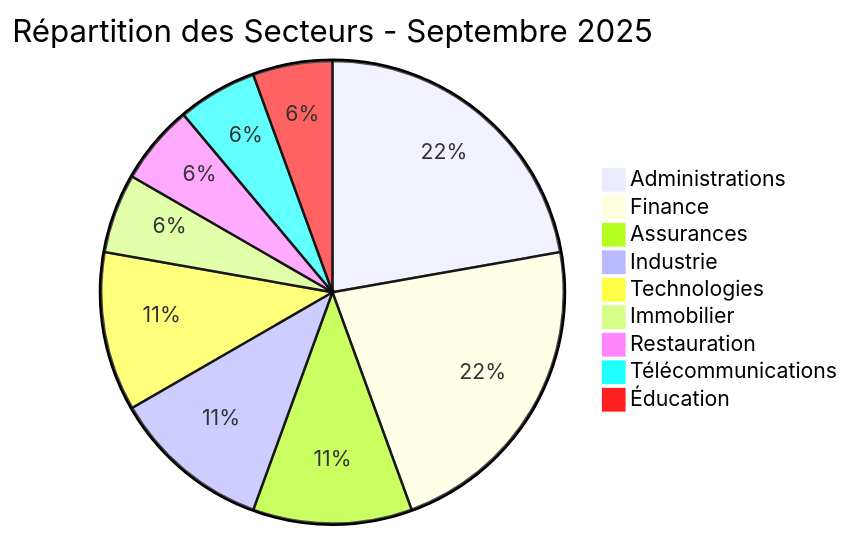
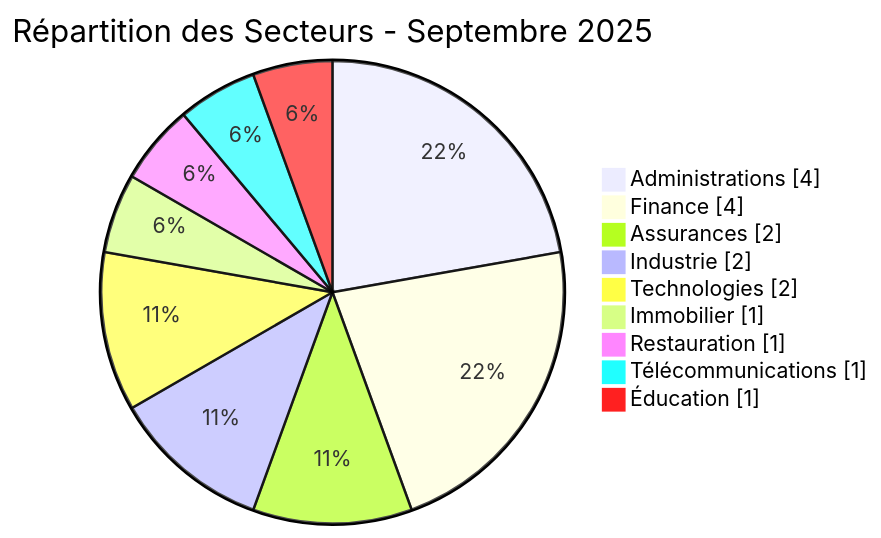
The first of 4 diagrams in CyberAttackAfrica/2025/09-september/README_FR.md (Hatchepsoute/AFRINTEL), drawn with Mermaid before and after one commit. The commit also changed other lines of this file and 182 other files, not shown here.

````diff
--- a/CyberAttackAfrica/2025/09-september/README_FR.md
+++ b/CyberAttackAfrica/2025/09-september/README_FR.md
@@ -70,12 +68,13 @@
 ```mermaid
-pie title Répartition des Secteurs - Septembre 2025
+pie showData
+    title Répartition des Secteurs - Septembre 2025
     "Administrations" : 4
     "Finance" : 4
     "Assurances" : 2
     "Industrie" : 2
     "Technologies" : 2
     "Immobilier" : 1
     "Restauration" : 1
     "Télécommunications" : 1
     "Éducation" : 1
 ```
````
